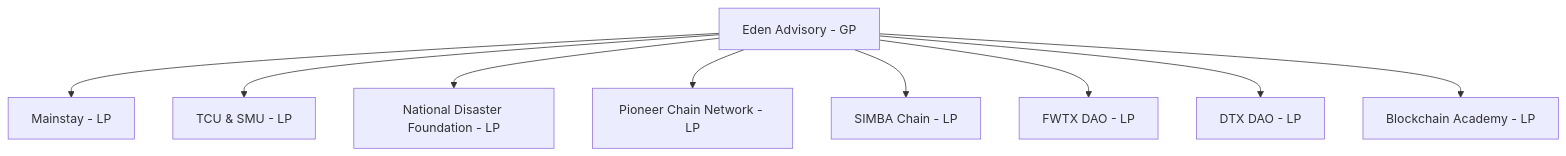
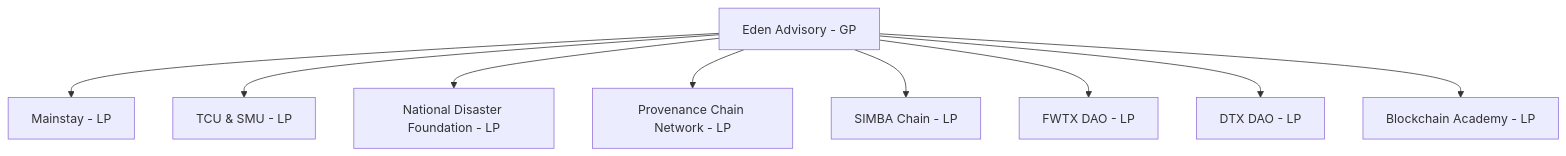
Before and after one commit to Eden-Advisory/nsf-ndf-ntx-innovation-lab-proposal: the diagram in README.md, drawn with Mermaid.

Commit message:
copy: spell edits

````diff
--- a/README.md
+++ b/README.md
@@ -52,11 +52,11 @@
 ```mermaid
 graph TD;
     EdenAdvisory[Eden Advisory - GP] --> Mainstay[Mainstay - LP];
     EdenAdvisory --> TCU[TCU & SMU - LP];
     EdenAdvisory --> NDF[National Disaster Foundation - LP];
-    EdenAdvisory --> PCN[Pioneer Chain Network - LP];
+    EdenAdvisory --> PCN[Provenance Chain Network - LP];
     EdenAdvisory --> SIMBA[SIMBA Chain - LP];
     EdenAdvisory --> FWTX[FWTX DAO - LP];
     EdenAdvisory --> DTX[DTX DAO - LP];
     EdenAdvisory --> BlockchainAcademy[Blockchain Academy - LP];
 ```
````
